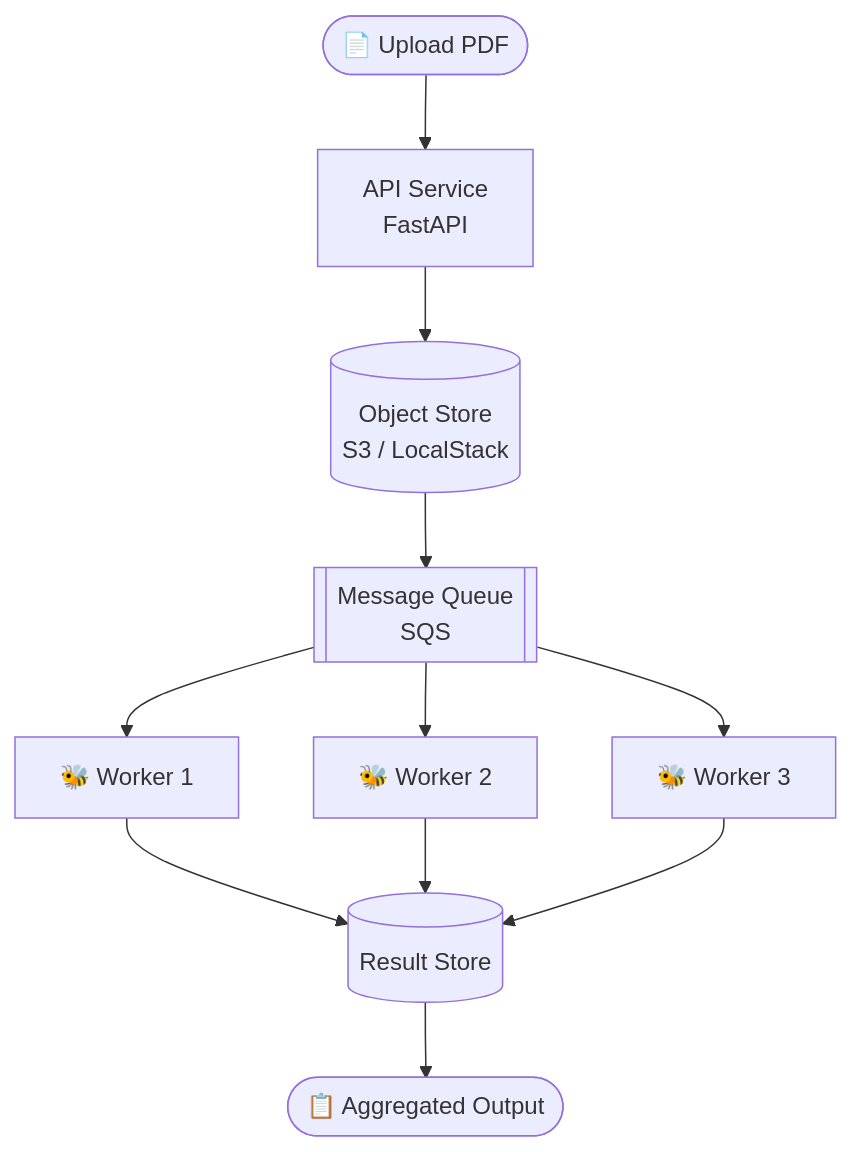
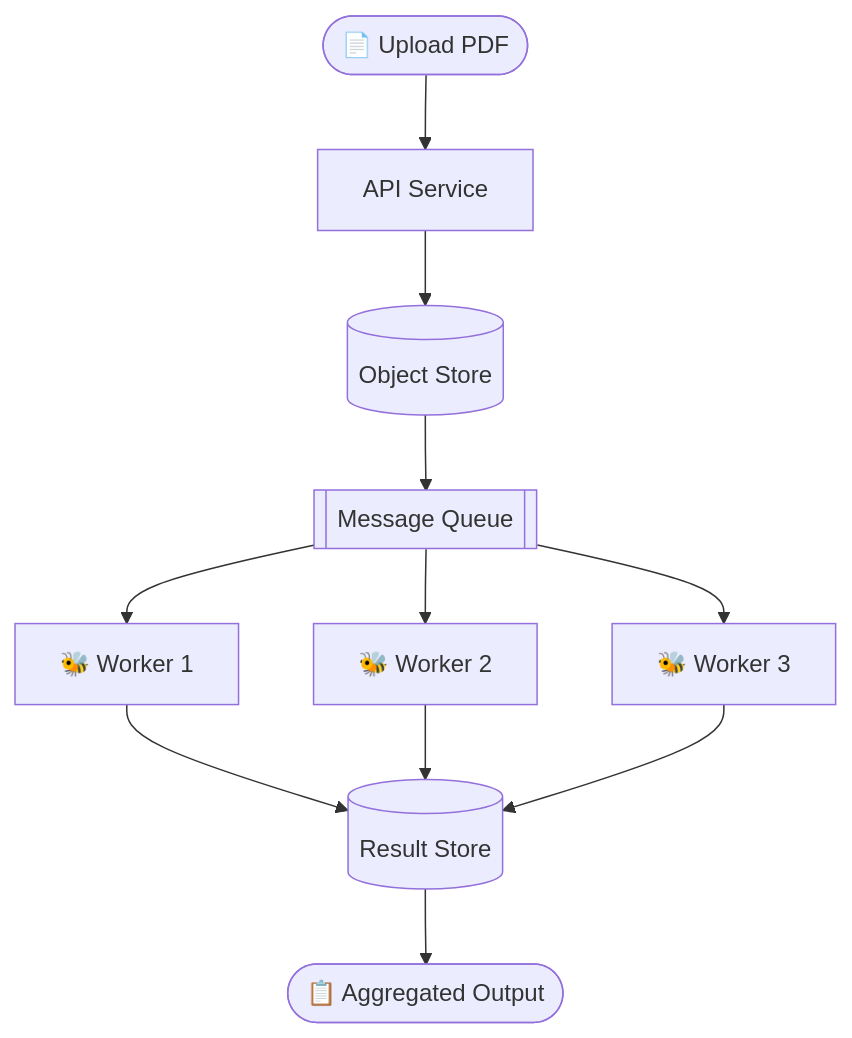
The diagram in README.md (jonnyboy1241/PageSwarm), drawn with Mermaid before and after one commit. The commit also changed other lines of this file and 25 other files, not shown here.

````diff
--- a/README.md
+++ b/README.md
@@ -21,11 +21,11 @@
 ```mermaid
 flowchart TD
-    A([📄 Upload PDF]) --> B[API Service<br/>FastAPI]
-    B --> C[(Object Store<br/>S3 / LocalStack)]
-    C --> D[[Message Queue<br/>SQS]]
+    A([📄 Upload PDF]) --> B[API Service]
+    B --> C[(Object Store)]
+    C --> D[[Message Queue]]
     D --> W1[🐝 Worker 1]
     D --> W2[🐝 Worker 2]
     D --> W3[🐝 Worker 3]
     W1 & W2 & W3 --> R[(Result Store)]
     R --> O([📋 Aggregated Output])
 ```
````
